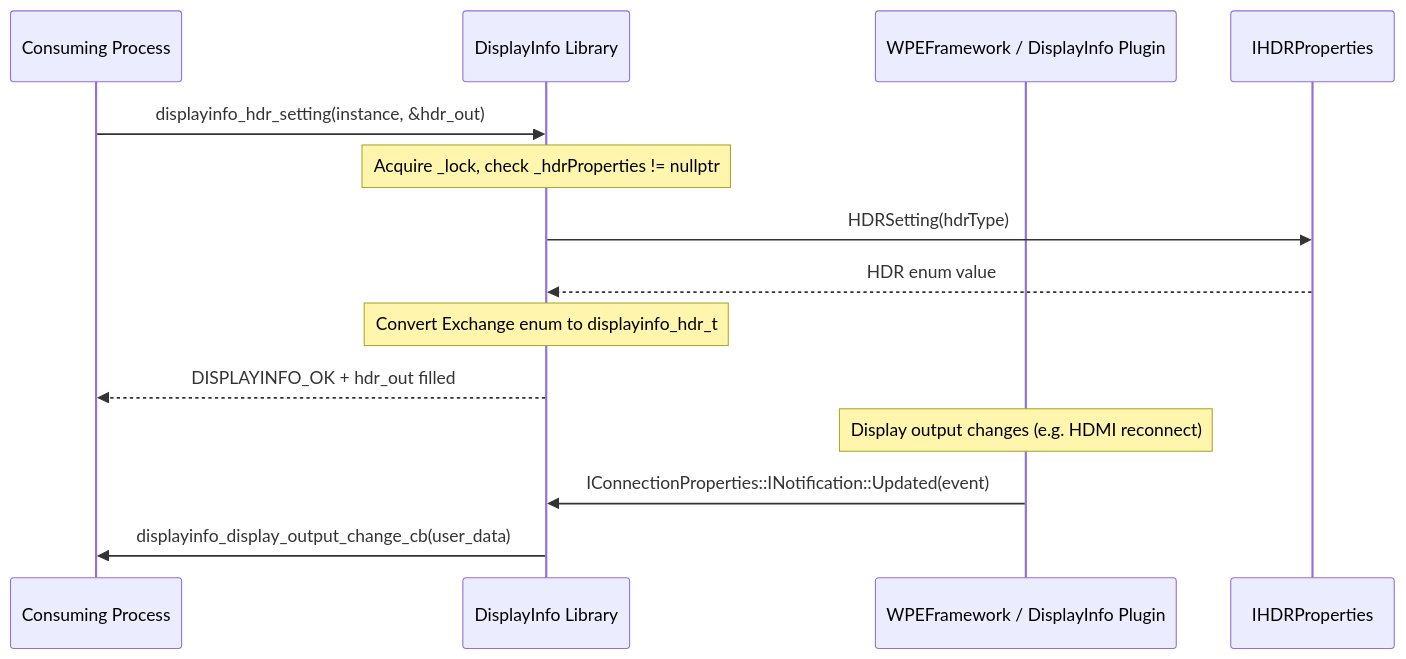
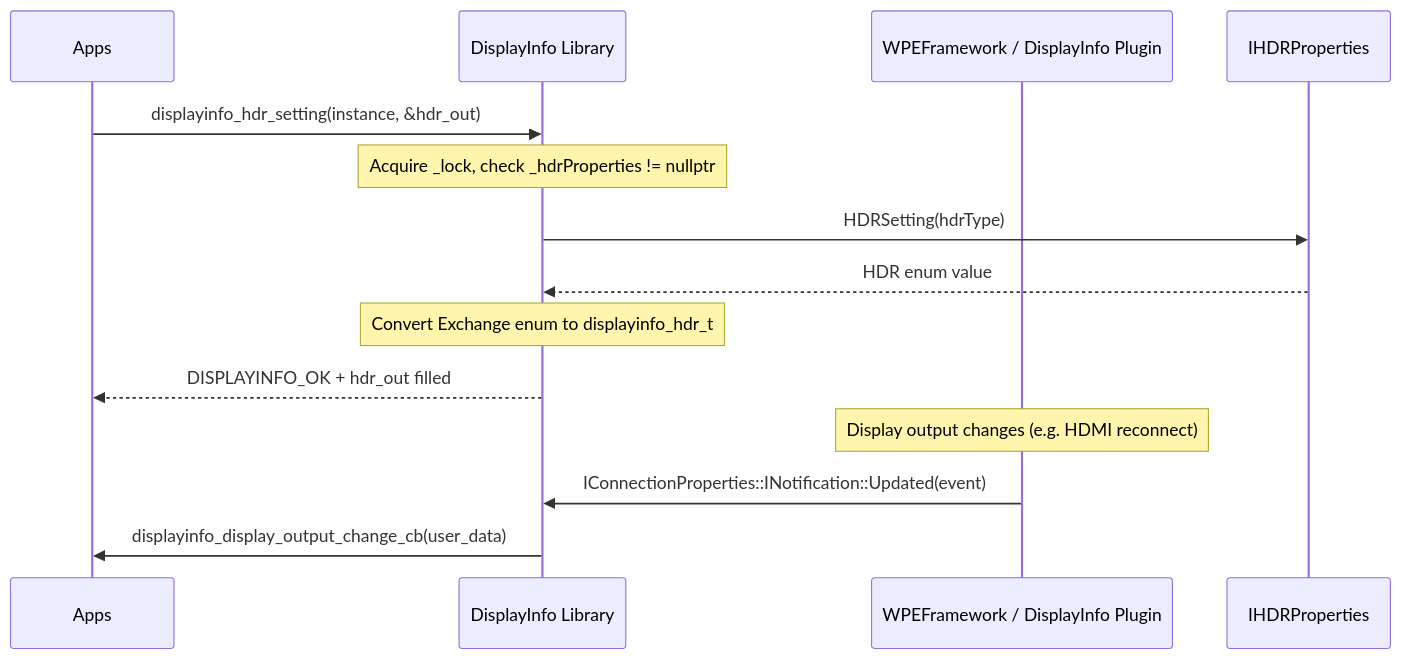
One commit to rns21/RDK_Documentation changed the fifth of 7 diagrams in docs/docu/RDKV-Documentations/thunderClientlibraries.md. Above: the diagram before and after it, drawn with Mermaid. The commit also changed other lines of this file, not shown here.

````diff
--- a/docs/docu/RDKV-Documentations/thunderClientlibraries.md
+++ b/docs/docu/RDKV-Documentations/thunderClientlibraries.md
@@ -260,18 +259,18 @@
 ```mermaid
 sequenceDiagram
-    participant App as Consuming Process
+    participant App as Apps
     participant Lib as DisplayInfo Library
     participant Thunder as WPEFramework / DisplayInfo Plugin
     participant HDR as IHDRProperties
 
     App->>Lib: displayinfo_hdr_setting(instance, &hdr_out)
     Note over Lib: Acquire _lock, check _hdrProperties != nullptr
     Lib->>HDR: HDRSetting(hdrType)
     HDR-->>Lib: HDR enum value
     Note over Lib: Convert Exchange enum to displayinfo_hdr_t
     Lib-->>App: DISPLAYINFO_OK + hdr_out filled
 
     Note over Thunder: Display output changes (e.g. HDMI reconnect)
     Thunder->>Lib: IConnectionProperties::INotification::Updated(event)
     Lib->>App: displayinfo_display_output_change_cb(user_data)
 ```
````
